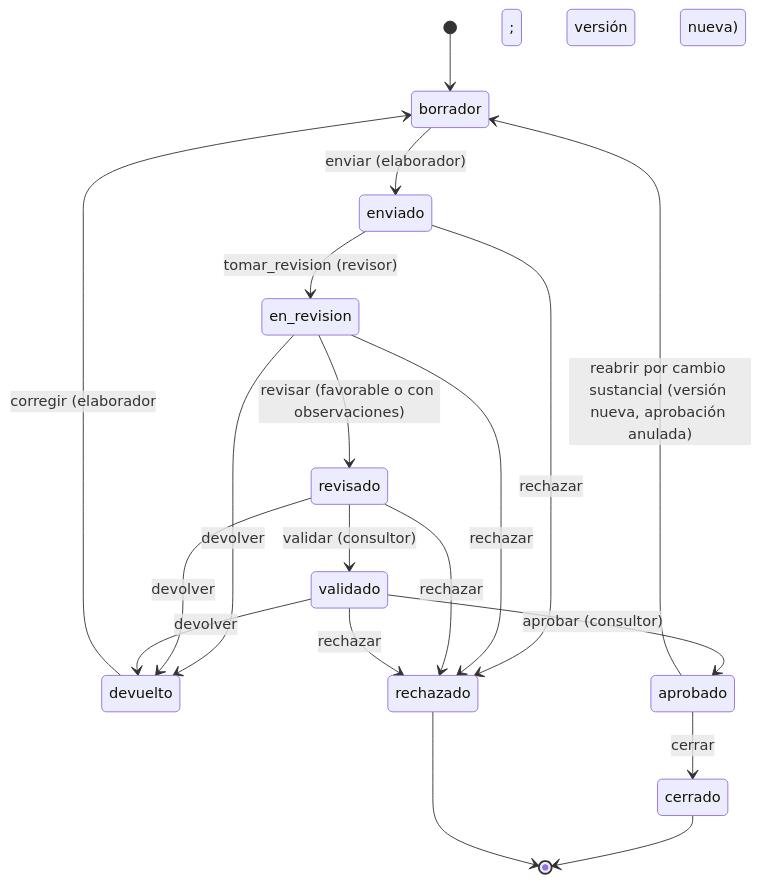
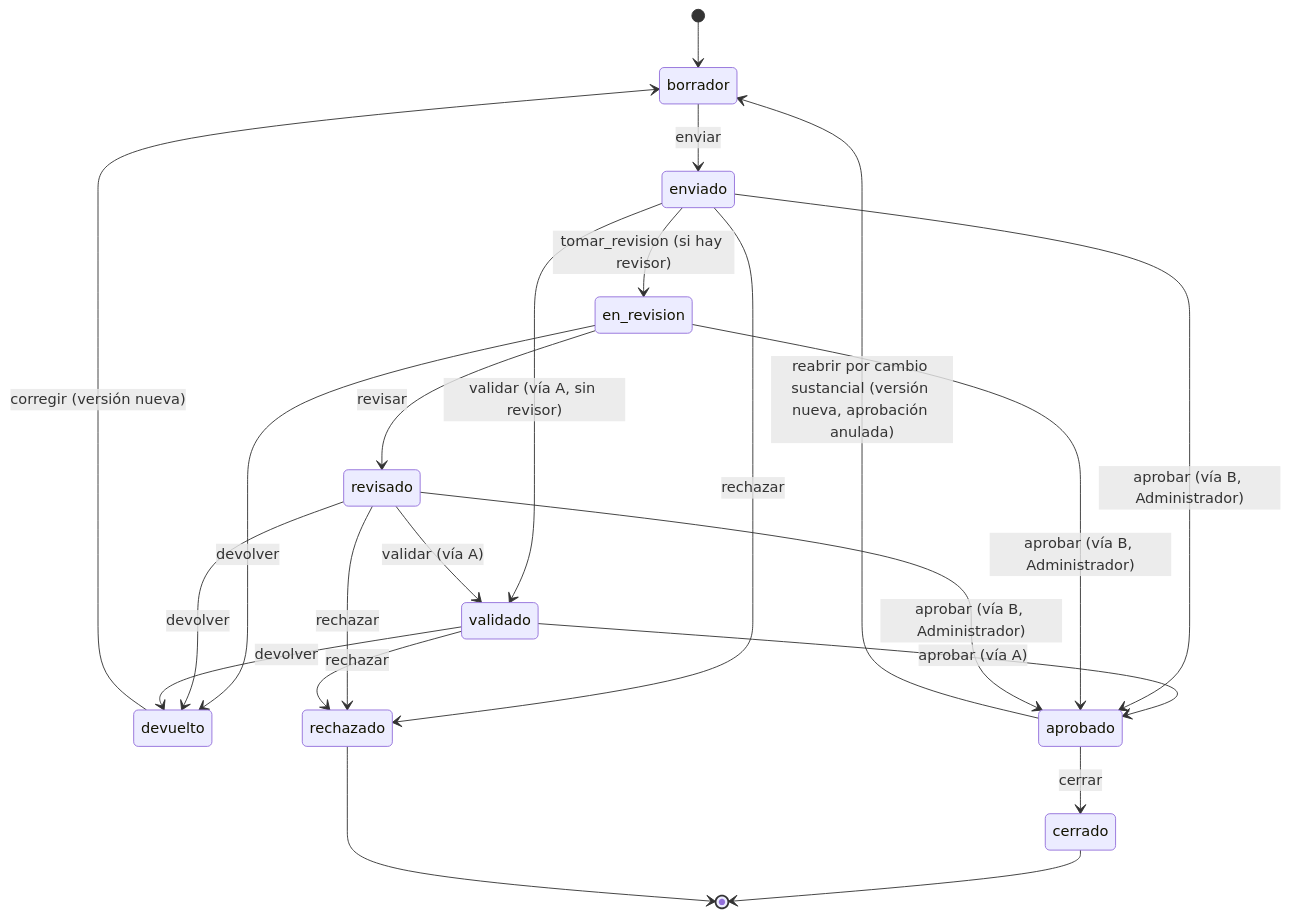
The first of 5 diagrams in docs/m-desr/02-modelo-logico.md (stratec-mx/stratec-strategic-vision), drawn with Mermaid before and after one commit. The commit also changed other lines of this file and 2 other files, not shown here.

First line of the commit message:
M-DESR Doc 02 v0.5 y borrador 10: matriz definitiva del titular (23-nov)

````diff
--- a/docs/m-desr/02-modelo-logico.md
+++ b/docs/m-desr/02-modelo-logico.md
@@ -269,21 +270,24 @@
 ```mermaid
 stateDiagram-v2
     [*] --> borrador
-    borrador --> enviado: enviar (elaborador)
-    enviado --> en_revision: tomar_revision (revisor)
+    borrador --> enviado: enviar
+    enviado --> en_revision: tomar_revision (si hay revisor)
+    en_revision --> revisado: revisar
     en_revision --> devuelto: devolver
-    en_revision --> revisado: revisar (favorable o con observaciones)
-    revisado --> validado: validar (consultor)
+    enviado --> validado: validar (vía A, sin revisor)
+    revisado --> validado: validar (vía A)
+    validado --> aprobado: aprobar (vía A)
+    enviado --> aprobado: aprobar (vía B, Administrador)
+    en_revision --> aprobado: aprobar (vía B, Administrador)
+    revisado --> aprobado: aprobar (vía B, Administrador)
     revisado --> devuelto: devolver
-    validado --> aprobado: aprobar (consultor)
     validado --> devuelto: devolver
-    devuelto --> borrador: corregir (elaborador; versión nueva)
+    devuelto --> borrador: corregir (versión nueva)
     enviado --> rechazado: rechazar
-    en_revision --> rechazado: rechazar
     revisado --> rechazado: rechazar
     validado --> rechazado: rechazar
     aprobado --> cerrado: cerrar
     aprobado --> borrador: reabrir por cambio sustancial (versión nueva, aprobación anulada)
     cerrado --> [*]
     rechazado --> [*]
 ```
````
